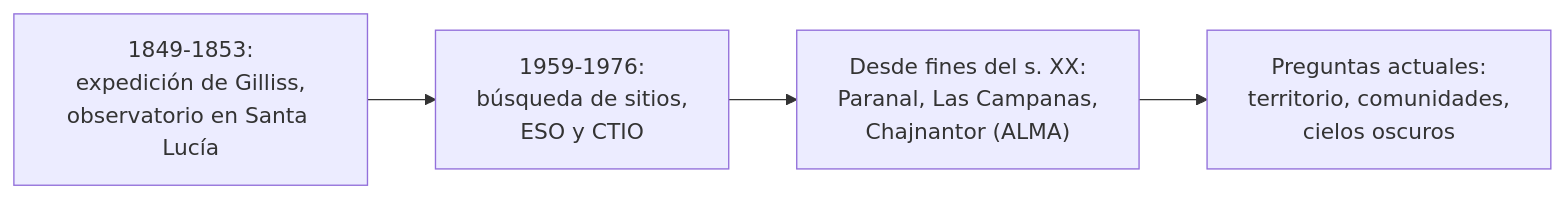
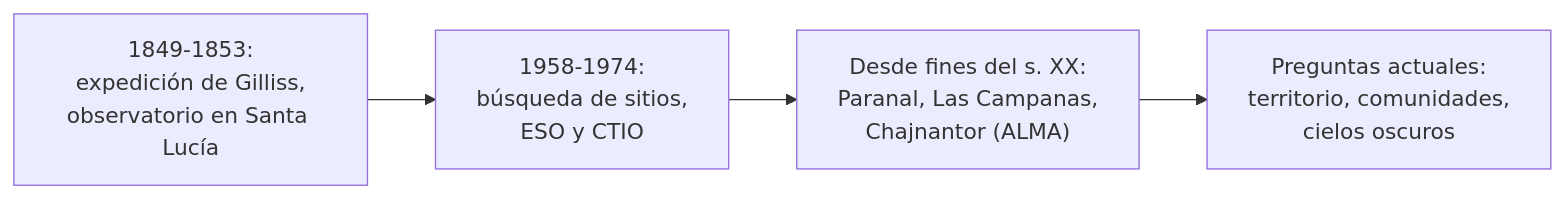
The diagram in programa/clases/B02/B02-C18-expansion-de-la-astronomia-en-chile/CLASE.md (vladimiracunadev-create/astronomy-astrophysics-space-sciences-aerospace-engineering-learning-program), drawn with Mermaid before and after one commit. The commit also changed other lines of this file and 7 other files, not shown here.

````diff
--- a/programa/clases/B02/B02-C18-expansion-de-la-astronomia-en-chile/CLASE.md
+++ b/programa/clases/B02/B02-C18-expansion-de-la-astronomia-en-chile/CLASE.md
@@ -62,6 +62,6 @@
 ```mermaid
 flowchart LR
-    A["1849-1853:<br/>expedición de Gilliss,<br/>observatorio en Santa Lucía"] --> B["1959-1976:<br/>búsqueda de sitios,<br/>ESO y CTIO"]
+    A["1849-1853:<br/>expedición de Gilliss,<br/>observatorio en Santa Lucía"] --> B["1958-1974:<br/>búsqueda de sitios,<br/>ESO y CTIO"]
     B --> C["Desde fines del s. XX:<br/>Paranal, Las Campanas,<br/>Chajnantor (ALMA)"]
     C --> D["Preguntas actuales:<br/>territorio, comunidades,<br/>cielos oscuros"]
 ```
````
